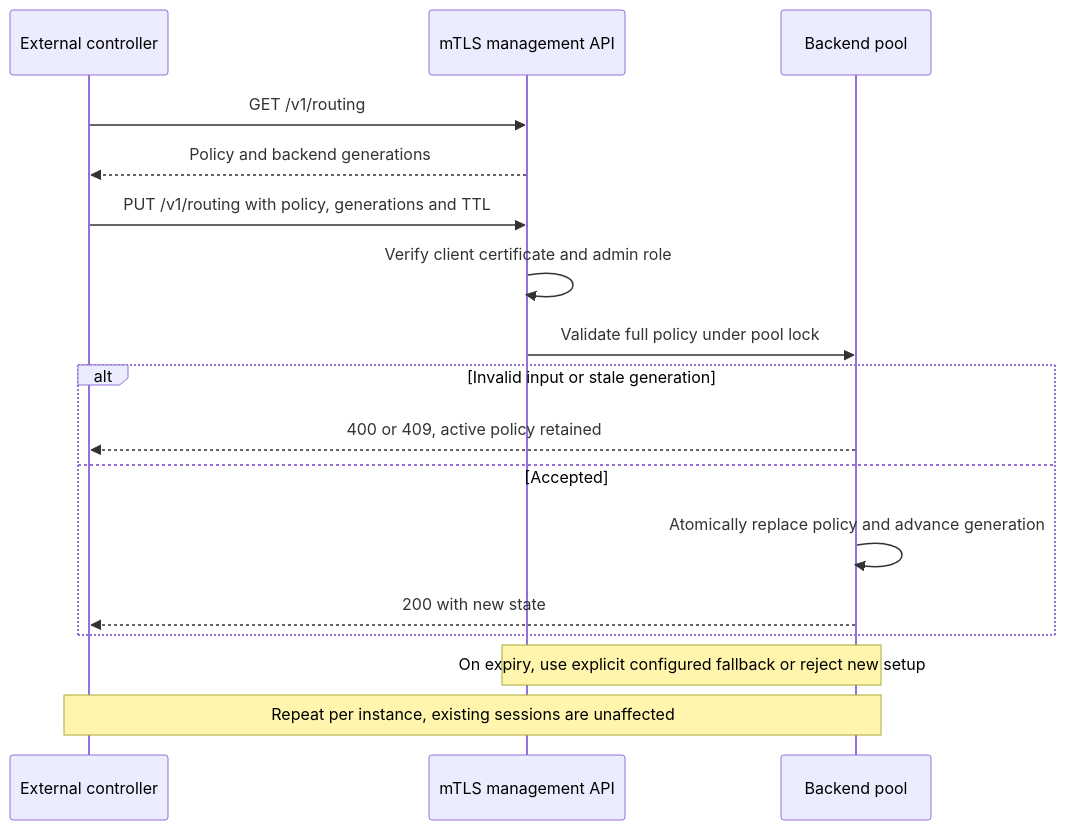
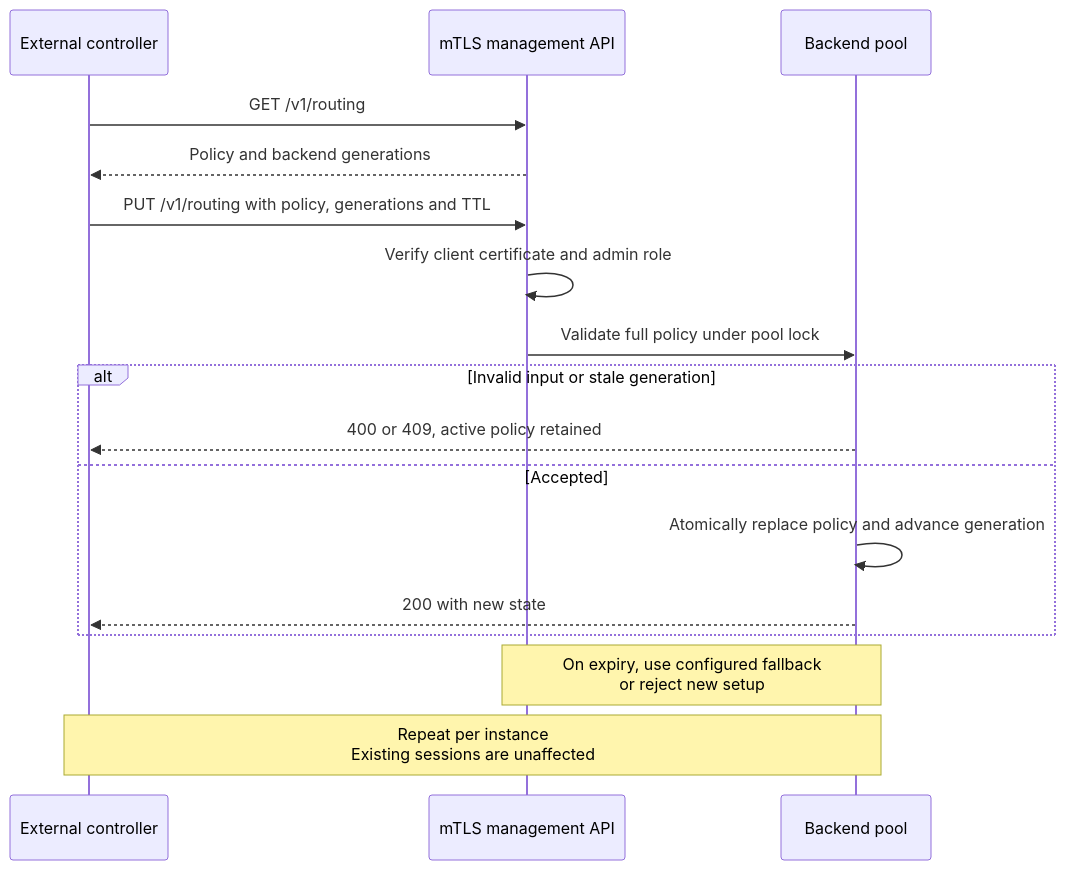
The fourth of 4 diagrams in docs/diagrams.md (tsener/balanco), drawn with Mermaid before and after one commit. The commit also changed other lines of this file, not shown here.

Commit message:
Keep sequence diagram notes readable

````diff
--- a/docs/diagrams.md
+++ b/docs/diagrams.md
@@ -119,19 +119,19 @@
 ```mermaid
 sequenceDiagram
     participant A as External controller
     participant M as mTLS management API
     participant S as Backend pool
     A->>M: GET /v1/routing
     M-->>A: Policy and backend generations
     A->>M: PUT /v1/routing with policy, generations and TTL
     M->>M: Verify client certificate and admin role
     M->>S: Validate full policy under pool lock
     alt Invalid input or stale generation
         S-->>A: 400 or 409, active policy retained
     else Accepted
         S->>S: Atomically replace policy and advance generation
         S-->>A: 200 with new state
     end
-    Note over M,S: On expiry, use explicit configured fallback or reject new setup
-    Note over A,S: Repeat per instance, existing sessions are unaffected
+    Note over M,S: On expiry, use configured fallback<br/>or reject new setup
+    Note over A,S: Repeat per instance<br/>Existing sessions are unaffected
 ```
````
